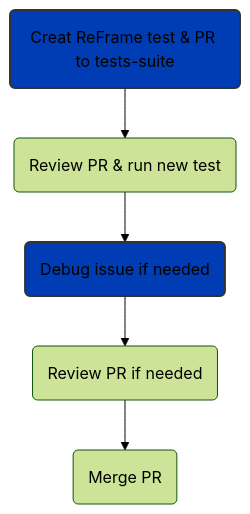
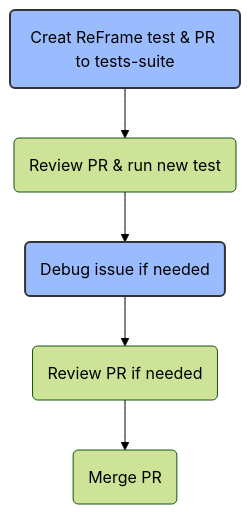
Before and after one commit to EESSI/docs: the second of 2 diagrams in docs/adding_software/overview.md, drawn with Mermaid. The commit also changed other lines of this file, not shown here.

Commit message:
Update overview.md font color

````diff
--- a/docs/adding_software/overview.md
+++ b/docs/adding_software/overview.md
@@ -29,11 +29,11 @@
 ```mermaid
 %%{init: { 'theme':'forest', 'sequence': {'useMaxWidth':false} } }%%
 flowchart TB
 
     Z(Creat ReFrame test & PR to tests-suite) --> Y(Review PR & run new test)
     Y --> W(Debug issue if needed) 
     W --> V(Review PR if needed)
     V --> U(Merge PR)
-     classDef blue fill:#003db4,stroke:#333,stroke-width:2px;
+     classDef blue fill:#9abcff,stroke:#333,stroke-width:2px;
      class Z,W blue
 ```
````
